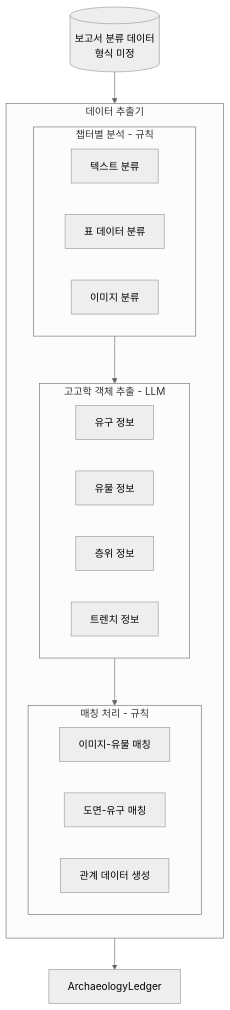
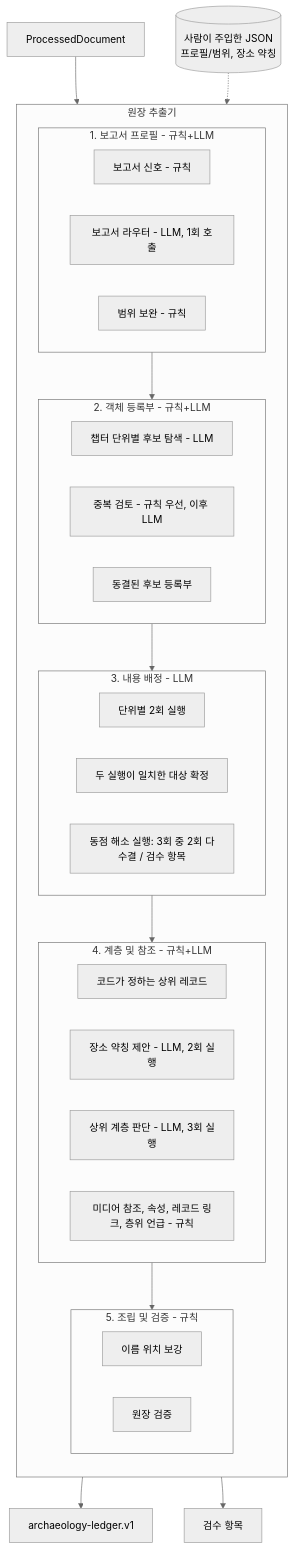
Before and after one commit to heripo-lab/heripo-engine: the fifth of 6 diagrams in docs/architecture.ko.md, drawn with Mermaid (neutral theme). The commit also changed other lines of this file and 12 other files, not shown here.

````diff
--- a/docs/architecture.ko.md
+++ b/docs/architecture.ko.md
@@ -356,30 +371,43 @@
 ```mermaid
 flowchart TB
-    subgraph DataExtractor[데이터 추출기]
+    subgraph LedgerExtractor[원장 추출기]
         direction TB
 
-        subgraph Analysis[챕터별 분석 - 규칙]
-            A1[텍스트 분류]
-            A2[표 데이터 분류]
-            A3[이미지 분류]
+        subgraph Profile[1. 보고서 프로필 - 규칙+LLM]
+            R1[보고서 신호 - 규칙]
+            R2[보고서 라우터 - LLM, 1회 호출]
+            R3[범위 보완 - 규칙]
         end
 
-        subgraph Extract[고고학 객체 추출 - LLM]
-            E1[유구 정보]
-            E2[유물 정보]
-            E3[층위 정보]
-            E4[트렌치 정보]
+        subgraph Registry[2. 객체 등록부 - 규칙+LLM]
+            D1[챕터 단위별 후보 탐색 - LLM]
+            D2[중복 검토 - 규칙 우선, 이후 LLM]
+            D3[동결된 후보 등록부]
         end
 
-        subgraph Match[매칭 처리 - 규칙]
-            M1[이미지-유물 매칭]
-            M2[도면-유구 매칭]
-            M3[관계 데이터 생성]
+        subgraph Attach[3. 내용 배정 - LLM]
+            A1[단위별 2회 실행]
+            A2[두 실행이 일치한 대상 확정]
+            A3[동점 해소 실행: 3회 중 2회 다수결 / 검수 항목]
         end
 
-        Analysis --> Extract --> Match
+        subgraph Relate[4. 계층 및 참조 - 규칙+LLM]
+            P1[코드가 정하는 상위 레코드]
+            P2[장소 약칭 제안 - LLM, 2회 실행]
+            P3[상위 계층 판단 - LLM, 3회 실행]
+            P4[미디어 참조, 속성, 레코드 링크, 층위 언급 - 규칙]
+        end
+
+        subgraph Validate[5. 조립 및 검증 - 규칙]
+            V1[이름 위치 보강]
+            V2[원장 검증]
+        end
+
+        Profile --> Registry --> Attach --> Relate --> Validate
     end
 
-    Classified[(보고서 분류 데이터<br/>형식 미정)] --> DataExtractor
-    DataExtractor --> LedgerData[ArchaeologyLedger]
+    Processed[ProcessedDocument] --> LedgerExtractor
+    Person[(사람이 주입한 JSON<br/>프로필/범위, 장소 약칭)] -.-> LedgerExtractor
+    LedgerExtractor --> LedgerData[archaeology-ledger.v1]
+    LedgerExtractor --> Review[검수 항목]
 ```
````
